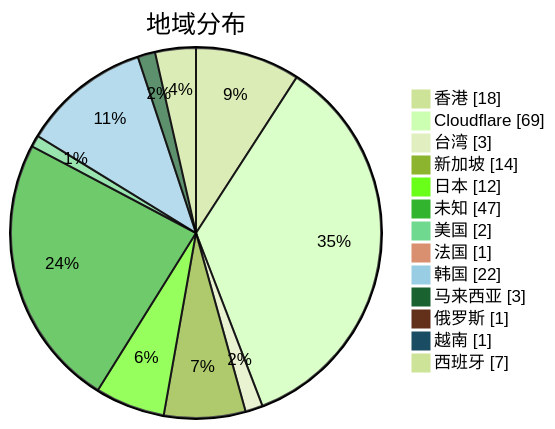
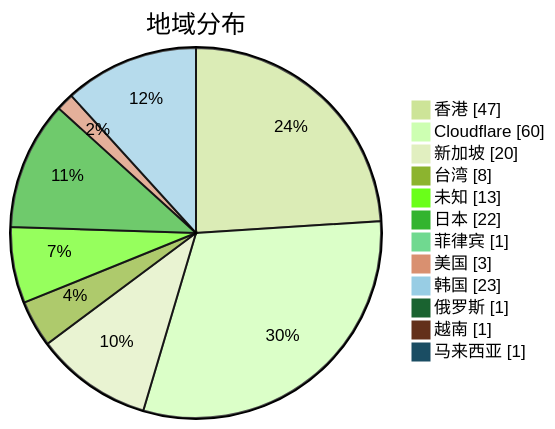
Before and after one commit to qjlxg/airport: the second of 3 diagrams in subs/statistics/tested_within.md, drawn with Mermaid (forest theme). The commit also changed other lines of this file and 2 other files, not shown here.

Commit message:
Tested by metaST

````diff
--- a/subs/statistics/tested_within.md
+++ b/subs/statistics/tested_within.md
@@ -12,17 +12,16 @@
 ```mermaid
 pie showData
 title 地域分布
-"香港" : 18
-"Cloudflare" : 69
-"台湾" : 3
-"新加坡" : 14
-"日本" : 12
-"未知" : 47
-"美国" : 2
-"法国" : 1
-"韩国" : 22
-"马来西亚" : 3
+"香港" : 47
+"Cloudflare" : 60
+"新加坡" : 20
+"台湾" : 8
+"未知" : 13
+"日本" : 22
+"菲律宾" : 1
+"美国" : 3
+"韩国" : 23
 "俄罗斯" : 1
 "越南" : 1
-"西班牙" : 7
+"马来西亚" : 1
 ```
````
